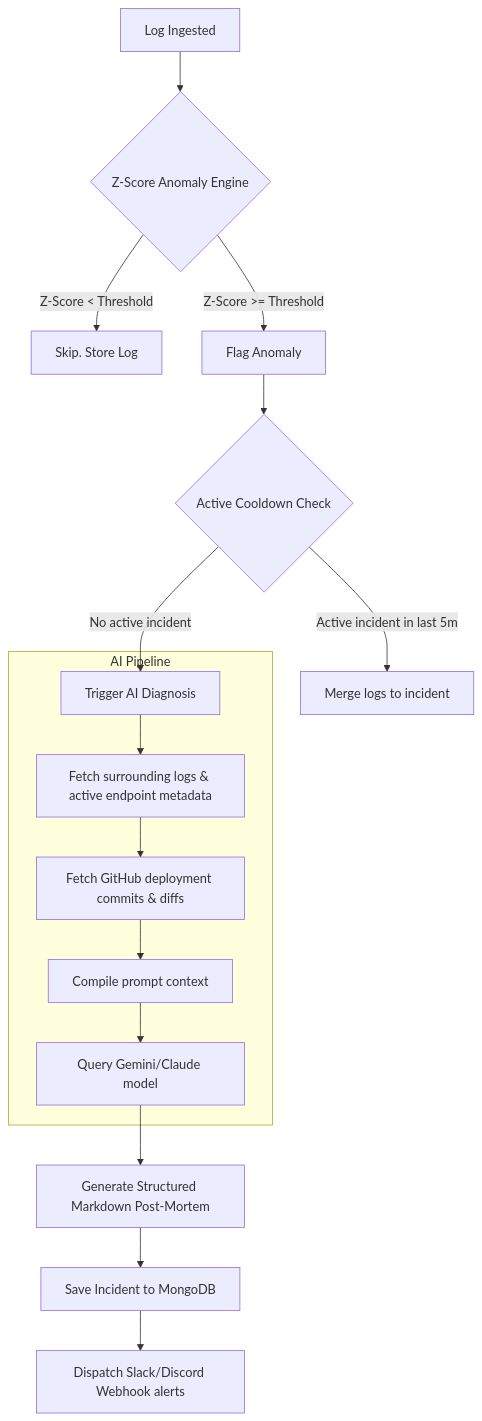
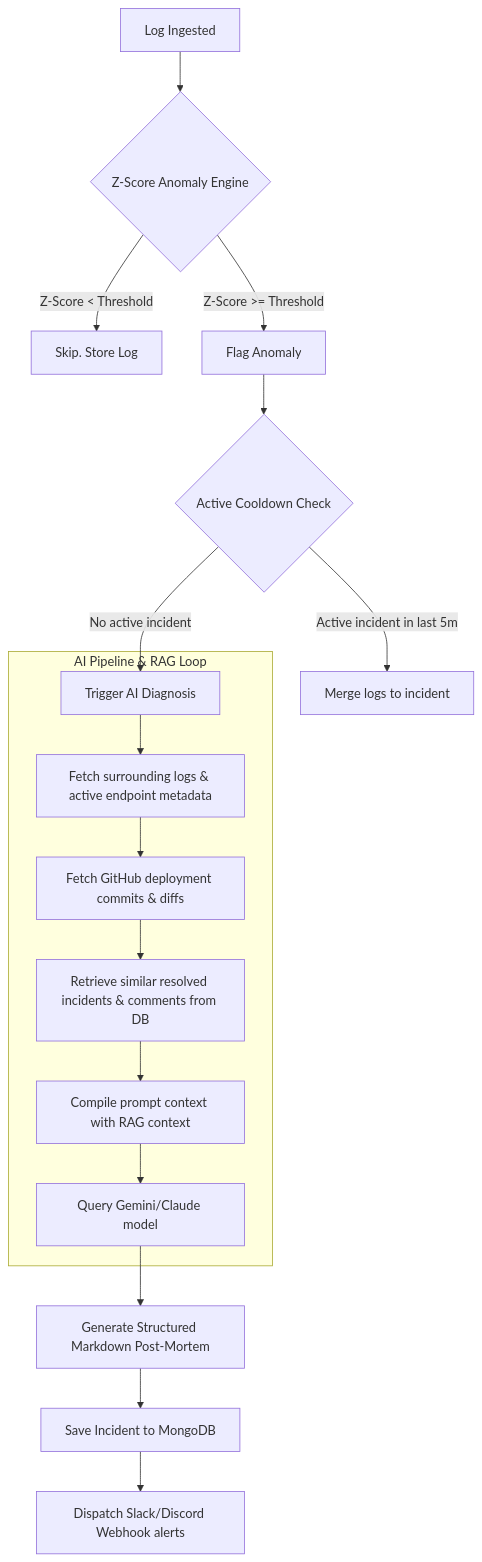
Before and after one commit to Vaibhav-Singh2/ObservabilityOS: the third of 3 diagrams in docs/ARCHITECTURE.md, drawn with Mermaid. The commit also changed 9 other files, not shown here.

Commit message:
feat(ai): implement RAG and embeddings for incident analysis pipeline

````diff
--- a/docs/ARCHITECTURE.md
+++ b/docs/ARCHITECTURE.md
@@ -98,20 +98,21 @@
 ```mermaid
 graph TD
     A[Log Ingested] --> B{Z-Score Anomaly Engine}
     B -- Z-Score < Threshold --> C[Skip. Store Log]
     B -- Z-Score >= Threshold --> D[Flag Anomaly]
     D --> E{Active Cooldown Check}
     E -- Active incident in last 5m --> F[Merge logs to incident]
     E -- No active incident --> G[Trigger AI Diagnosis]
 
-    subgraph AI Pipeline
+    subgraph AI Pipeline & RAG Loop
         G --> H[Fetch surrounding logs & active endpoint metadata]
         H --> I[Fetch GitHub deployment commits & diffs]
-        I --> J[Compile prompt context]
-        J --> K[Query Gemini/Claude model]
+        I --> J[Retrieve similar resolved incidents & comments from DB]
+        J --> K[Compile prompt context with RAG context]
+        K --> L[Query Gemini/Claude model]
     end
 
-    K --> L[Generate Structured Markdown Post-Mortem]
-    L --> M[Save Incident to MongoDB]
-    M --> N[Dispatch Slack/Discord Webhook alerts]
+    L --> M[Generate Structured Markdown Post-Mortem]
+    M --> N[Save Incident to MongoDB]
+    N --> O[Dispatch Slack/Discord Webhook alerts]
 ```
````
